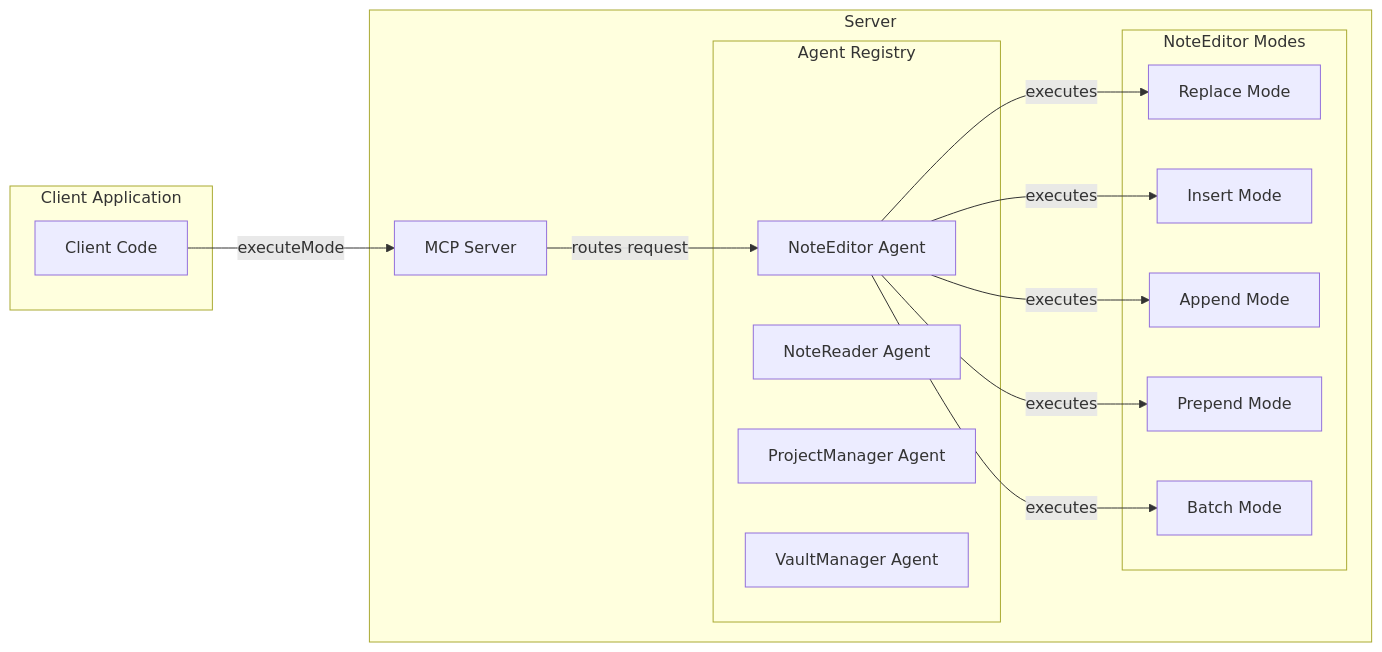
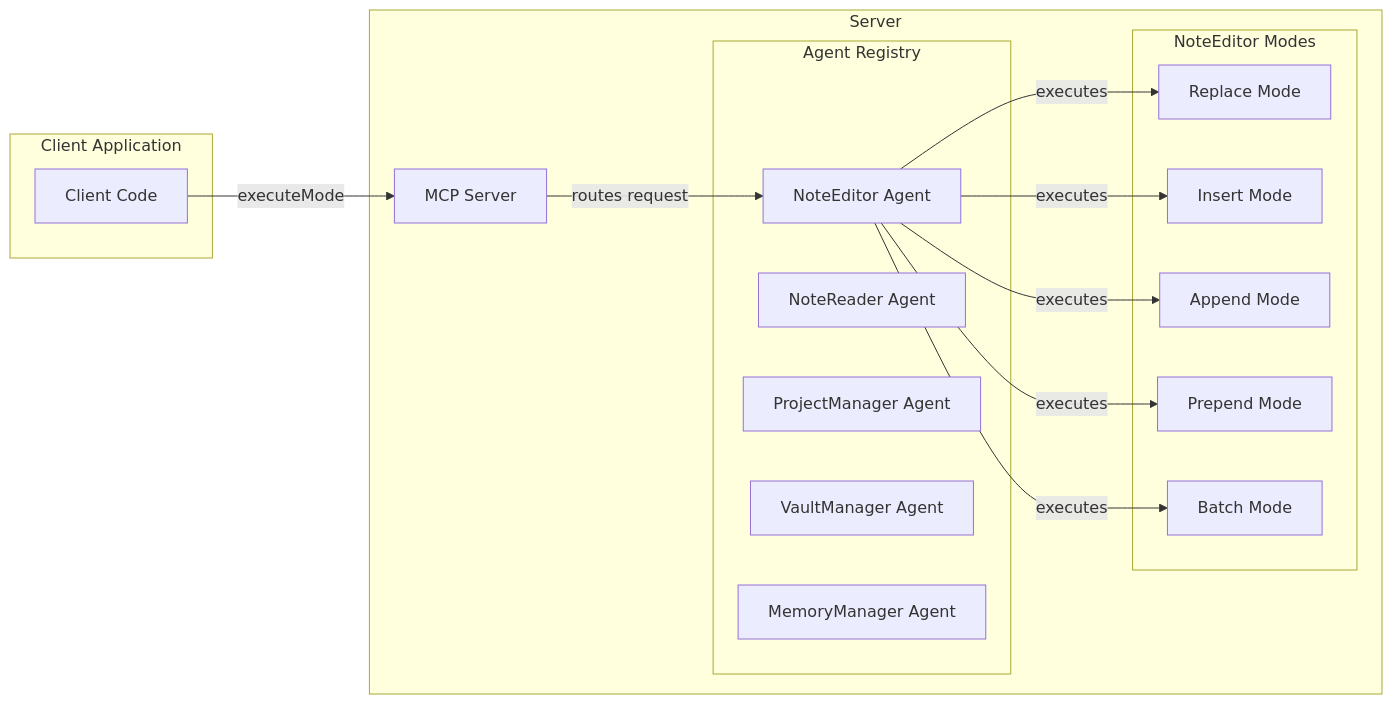
The second of 2 diagrams in README.md (ProfSynapse/claudesidian-mcp), drawn with Mermaid before and after one commit. The commit also changed other lines of this file and 2 other files, not shown here.

Commit message:
feat: Enhance documentation for Memory Manager setup and features

````diff
--- a/README.md
+++ b/README.md
@@ -193,32 +202,33 @@
 ```mermaid
 flowchart LR
     subgraph "Client Application"
         Client[Client Code]
     end
     
     subgraph "Server"
         MCPServer[MCP Server]
         subgraph "Agent Registry"
             NoteEditor[NoteEditor Agent]
             NoteReader[NoteReader Agent]
             ProjectManager[ProjectManager Agent]
             VaultManager[VaultManager Agent]
+            MemoryManager[MemoryManager Agent]
         end
         
         subgraph "NoteEditor Modes"
             Replace[Replace Mode]
             Insert[Insert Mode]
             Append[Append Mode]
             Prepend[Prepend Mode]
             Batch[Batch Mode]
         end
     end
     
     Client -->|executeMode| MCPServer
     MCPServer -->|routes request| NoteEditor
     NoteEditor -->|executes| Replace
     NoteEditor -->|executes| Insert
     NoteEditor -->|executes| Append
     NoteEditor -->|executes| Prepend
     NoteEditor -->|executes| Batch
 ```
````
